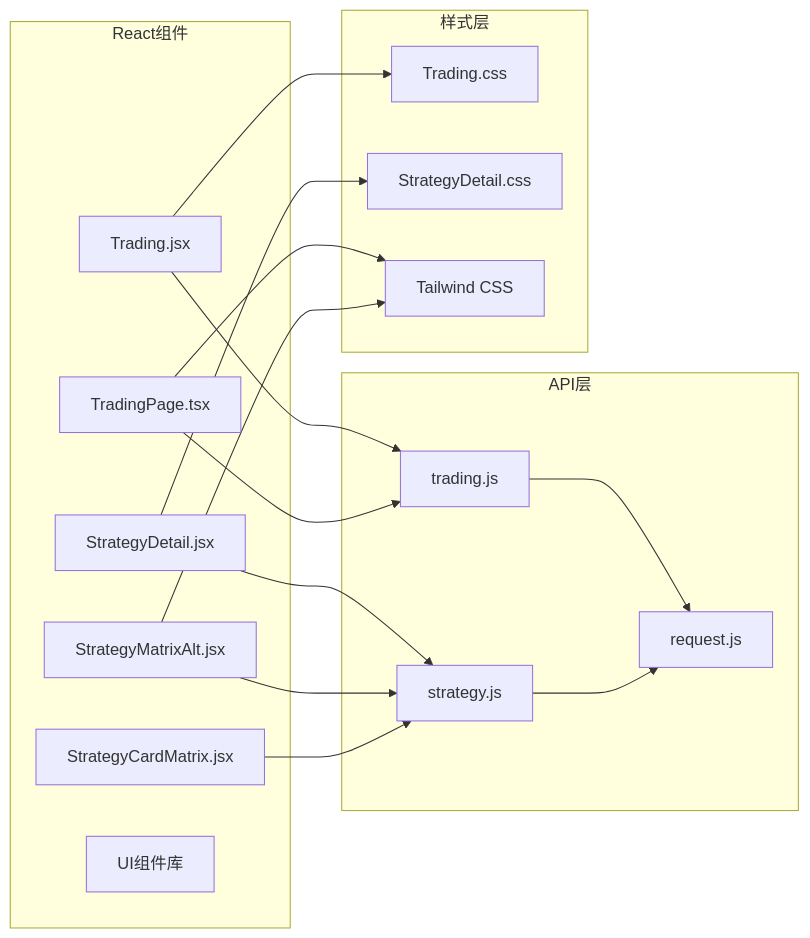
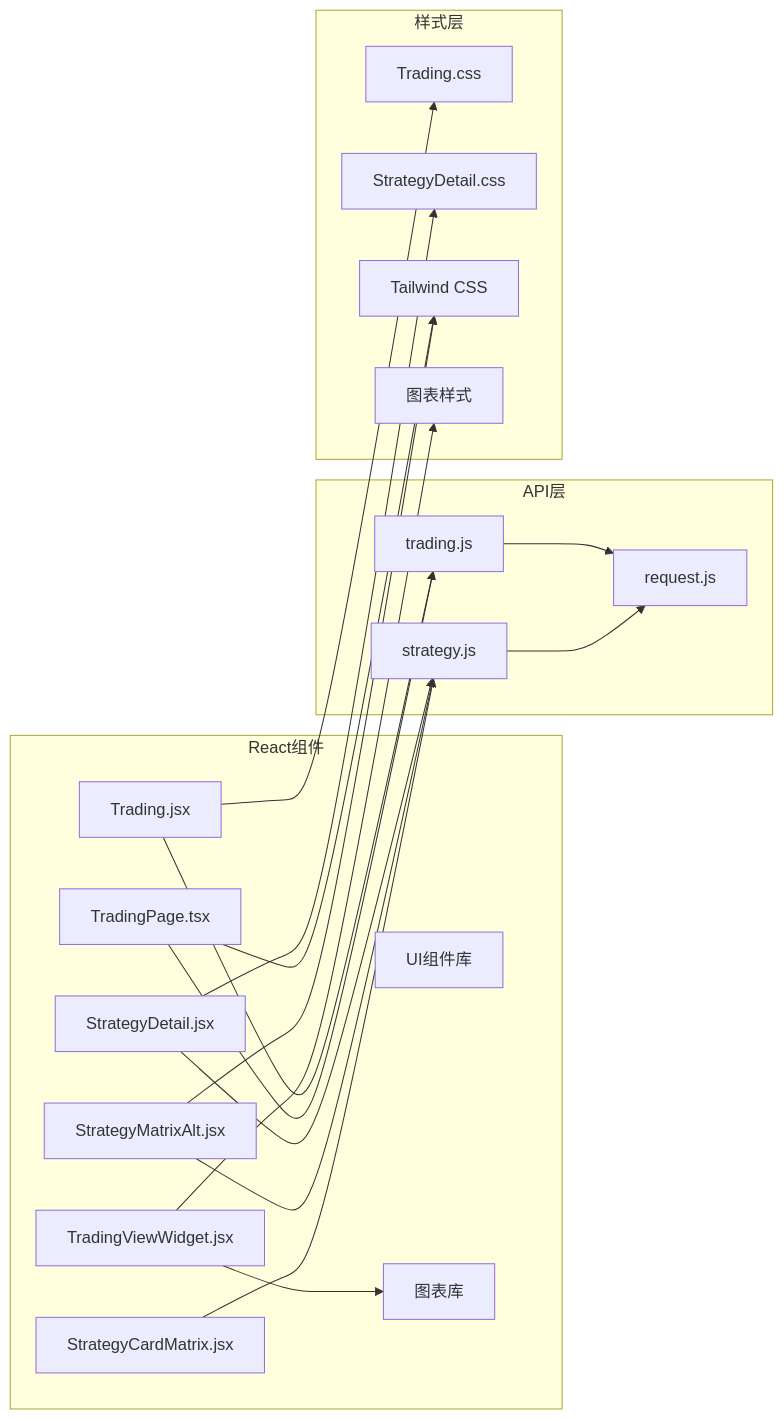
The tenth of 11 diagrams in .qoder/repowiki/zh/content/可视化界面/交易控制界面.md (zyf266/ending), drawn with Mermaid before and after one commit. The commit also changed other lines of this file and 60 other files, not shown here.

````diff
--- a/.qoder/repowiki/zh/content/可视化界面/交易控制界面.md
+++ b/.qoder/repowiki/zh/content/可视化界面/交易控制界面.md
@@ -398,32 +516,37 @@
 ```mermaid
 graph LR
 subgraph "React组件"
 A[Trading.jsx]
 B[TradingPage.tsx]
 C[StrategyDetail.jsx]
 D[StrategyMatrixAlt.jsx]
 E[StrategyCardMatrix.jsx]
-F[UI组件库]
+F[TradingViewWidget.jsx]
+G[UI组件库]
+H[图表库]
 end
 subgraph "API层"
-G[trading.js]
-H[strategy.js]
-I[request.js]
+I[trading.js]
+J[strategy.js]
+K[request.js]
 end
 subgraph "样式层"
-J[Trading.css]
-K[StrategyDetail.css]
-L[Tailwind CSS]
+L[Trading.css]
+M[StrategyDetail.css]
+N[Tailwind CSS]
+O[图表样式]
 end
-A --> G
-B --> G
-C --> H
-D --> H
-E --> H
-G --> I
-H --> I
-A --> J
-C --> K
-B --> L
-D --> L
+A --> I
+B --> I
+C --> J
+D --> J
+E --> J
+F --> H
+I --> K
+J --> K
+A --> L
+C --> M
+B --> N
+D --> N
+F --> O
 ```
````
